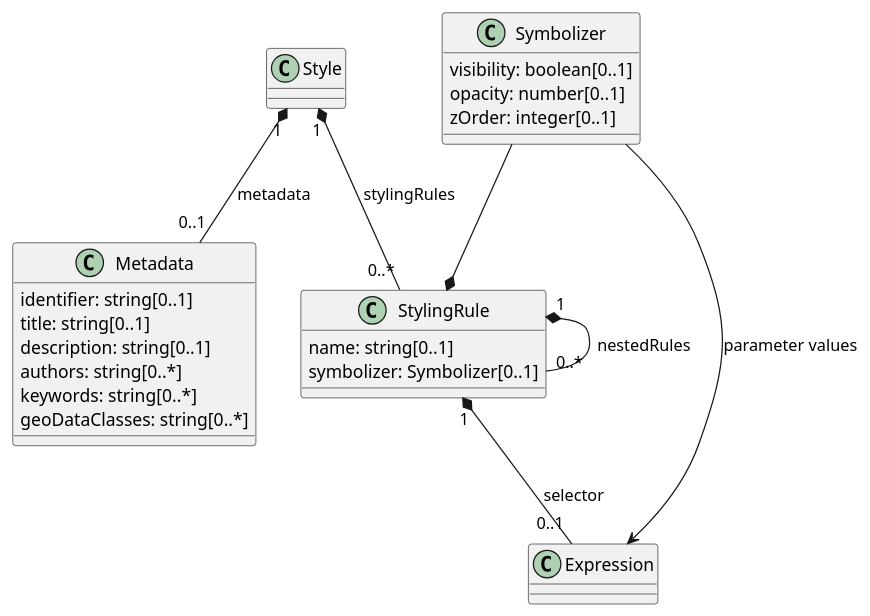
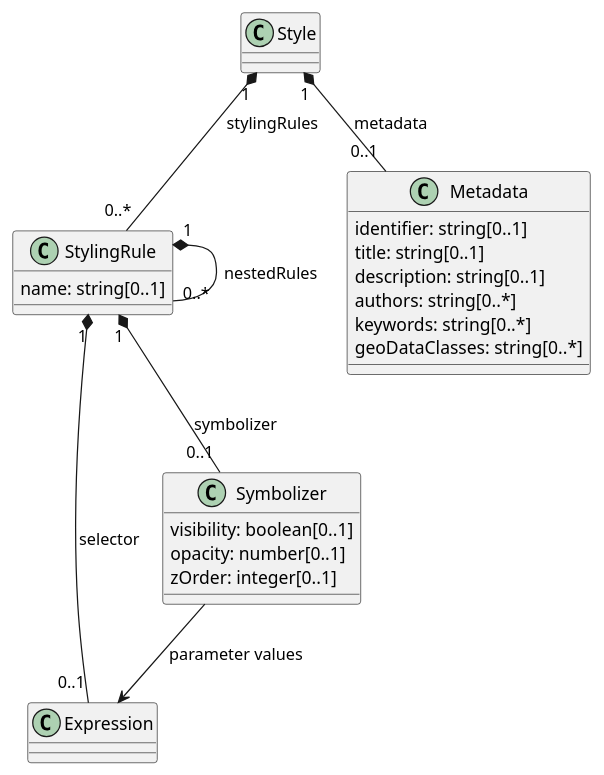
The first of 6 diagrams in 1-core/sections/clause_7_core.adoc (opengeospatial/cartographic-symbology), drawn with PlantUML before and after one commit. The commit also changed other lines of this file, not shown here.

Commit message:
Core UML: show StylingRule.symbolizer, operator, DataLayer.type, Visualization date and timeOfDay and Date.month as associations only

```diff
--- a/1-core/sections/clause_7_core.adoc
+++ b/1-core/sections/clause_7_core.adoc
@@ -18,29 +18,28 @@
 [plantuml, target=diagram-classes, format=png]
 ....
 @startuml
 Style "1" *-- "0..*" StylingRule : stylingRules
 Style "1" *-- "0..1" Metadata : metadata
 
 Metadata : identifier: string[0..1]
 Metadata : title: string[0..1]
 Metadata : description: string[0..1]
 Metadata : authors: string[0..*]
 Metadata : keywords: string[0..*]
 Metadata : geoDataClasses: string[0..*]
 
 StylingRule : name: string[0..1]
-StylingRule : symbolizer: Symbolizer[0..1]
 StylingRule "1" *-- "0..*" StylingRule : nestedRules
 StylingRule "1" *-- "0..1" Expression : selector
 
 Symbolizer : visibility: boolean[0..1]
 Symbolizer : opacity: number[0..1]
 Symbolizer : zOrder: integer[0..1]
-Symbolizer --* StylingRule
+StylingRule "1" *-- "0..1" Symbolizer : symbolizer
 Symbolizer --> Expression : parameter values
 
 /'Note: zOrder needs discussion on whether it should be relative or float
 and how to relate to encodings where the visual priority order
 comes from the order of the rules.'/
 @enduml
 ....
```
